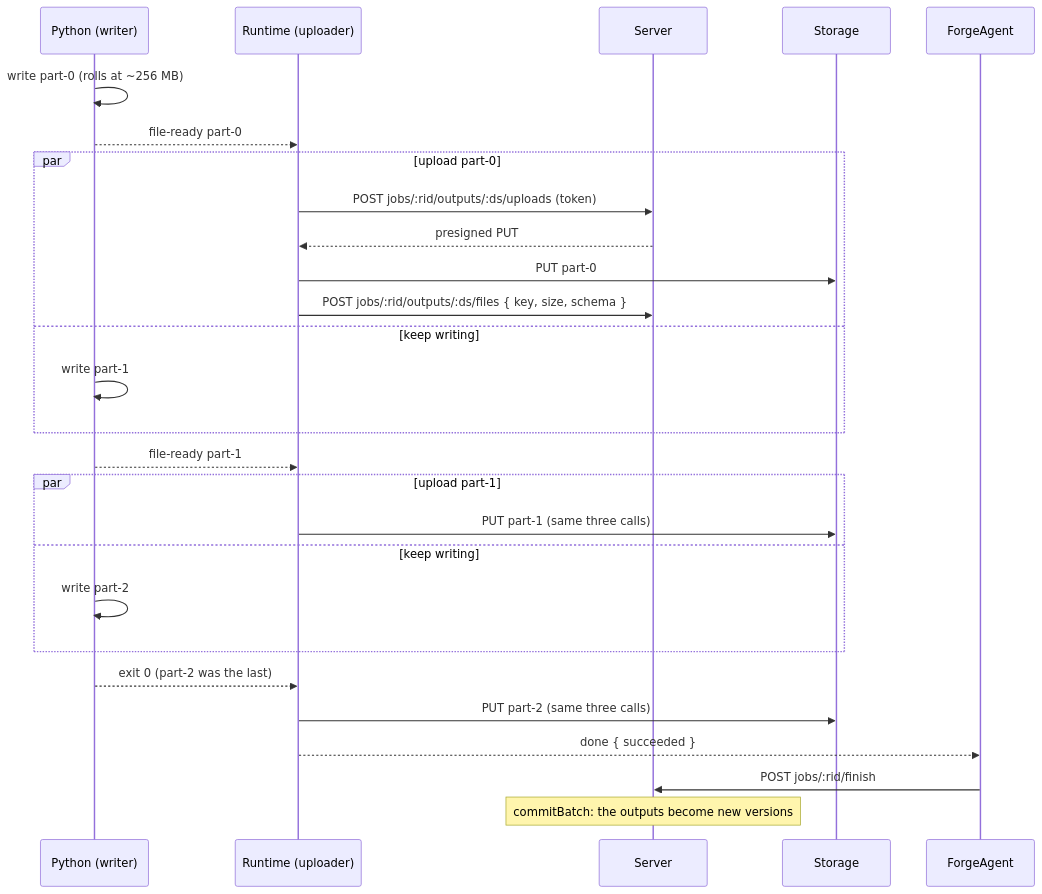
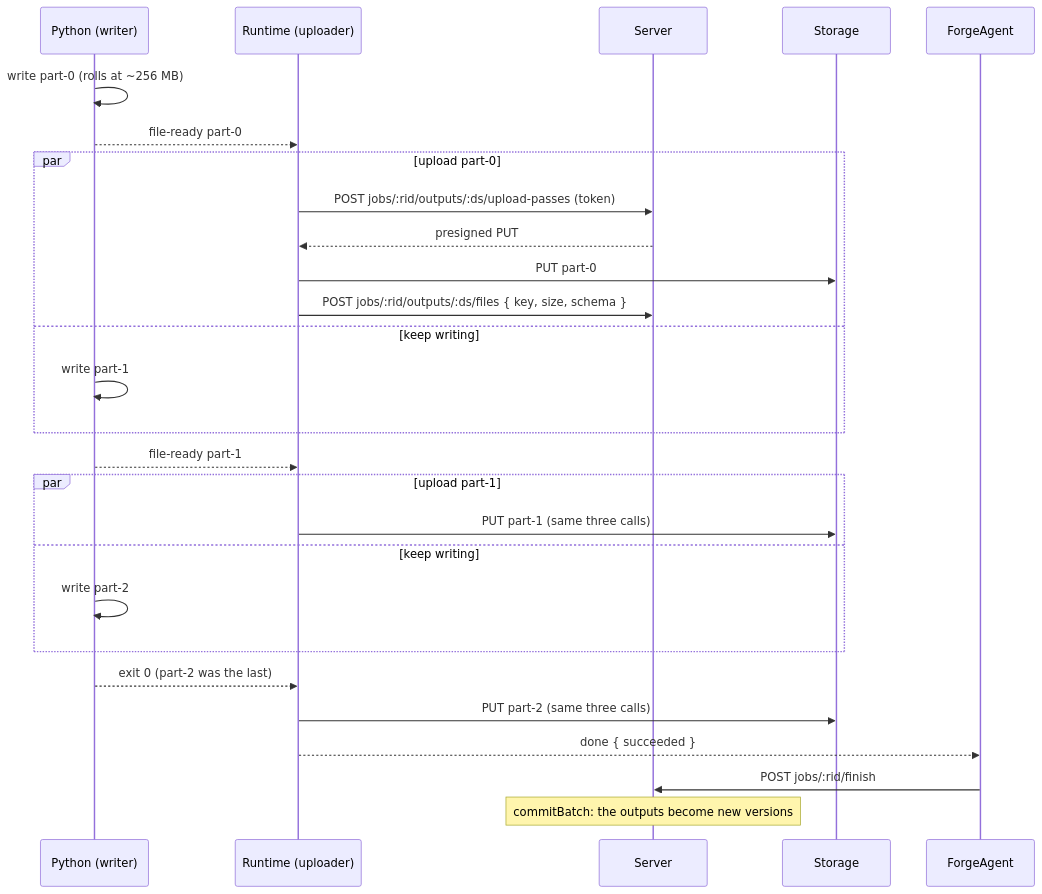
Diagram 12 of 12 in docs/design/forge-runtimes.md (RolandTeslaru/Quarry), drawn with Mermaid before and after one commit. The commit also changed other lines of this file and 34 other files, not shown here.

````diff
--- a/docs/design/forge-runtimes.md
+++ b/docs/design/forge-runtimes.md
@@ -322,30 +326,30 @@
 ```mermaid
 sequenceDiagram
     participant P as Python (writer)
     participant R as Runtime (uploader)
     participant S as Server
     participant O as Storage
     participant A as ForgeAgent
 
     P->>P: write part-0 (rolls at ~256 MB)
     P-->>R: file-ready part-0
     par upload part-0
-        R->>S: POST jobs/:rid/outputs/:ds/uploads (token)
+        R->>S: POST jobs/:rid/outputs/:ds/upload-passes (token)
         S-->>R: presigned PUT
         R->>O: PUT part-0
         R->>S: POST jobs/:rid/outputs/:ds/files { key, size, schema }
     and keep writing
         P->>P: write part-1
     end
     P-->>R: file-ready part-1
     par upload part-1
         R->>O: PUT part-1 (same three calls)
     and keep writing
         P->>P: write part-2
     end
     P-->>R: exit 0 (part-2 was the last)
     R->>O: PUT part-2 (same three calls)
     R-->>A: done { succeeded }
     A->>S: POST jobs/:rid/finish
     Note over S: commitBatch: the outputs become new versions
 ```
````
